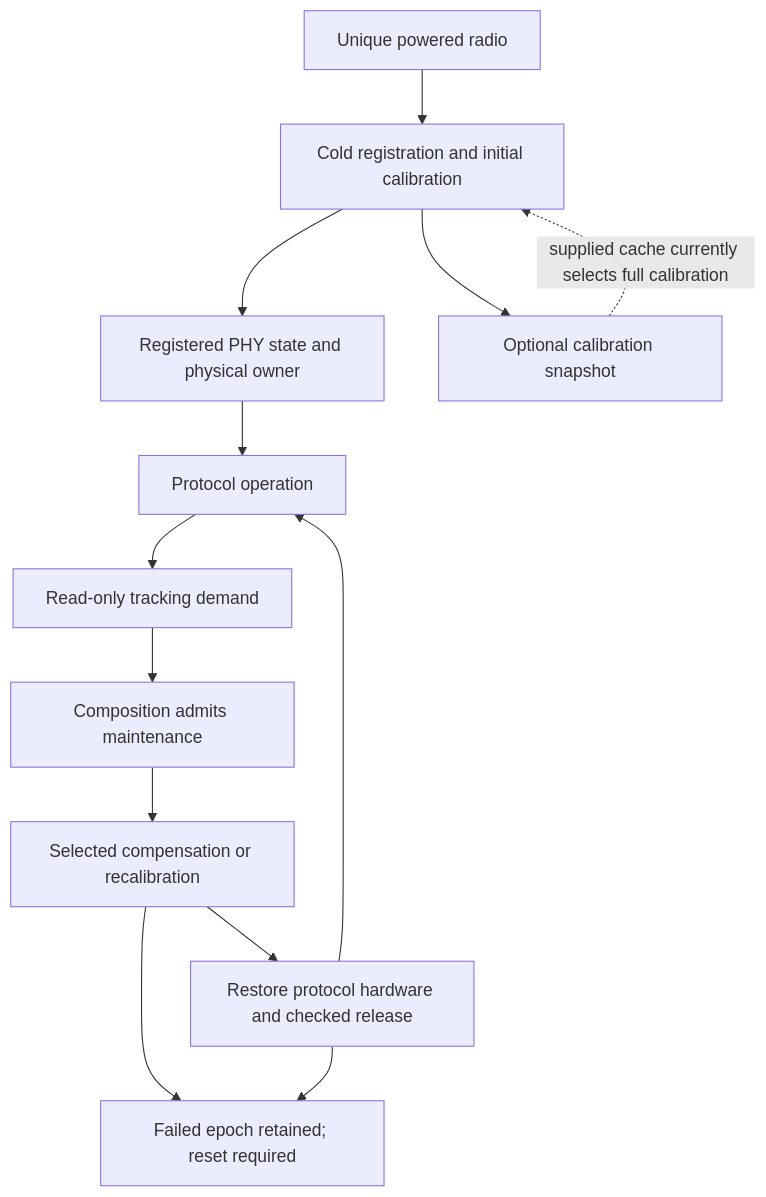
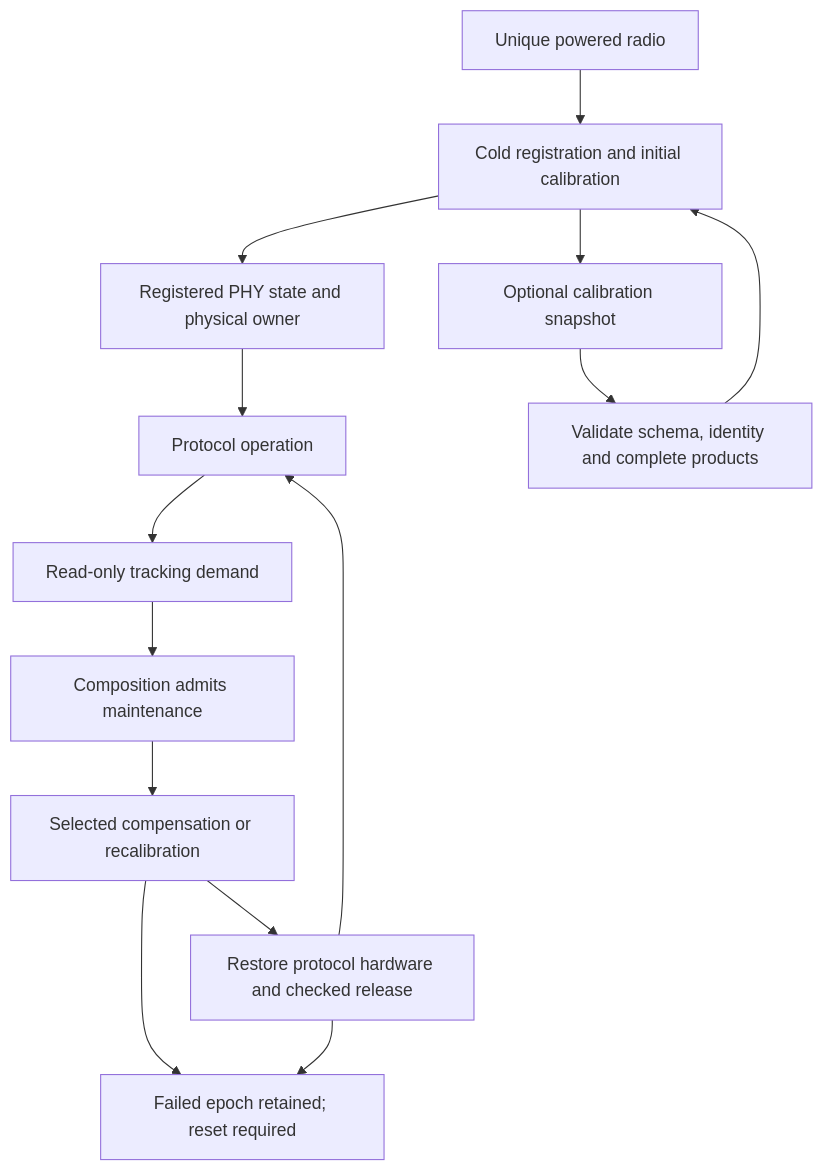
Before and after one commit to ermacv/open-esp-radio-rs: the first of 4 diagrams in crates/hardware/esp32s31/phy/README.md, drawn with Mermaid. The commit also changed other lines of this file and 98 other files, not shown here.

````diff
--- a/crates/hardware/esp32s31/phy/README.md
+++ b/crates/hardware/esp32s31/phy/README.md
@@ -31,15 +31,16 @@
 ```mermaid
 flowchart TD
     Power[Unique powered radio] --> Init[Cold registration and initial calibration]
     Init --> Registered[Registered PHY state and physical owner]
     Registered --> Role[Protocol operation]
     Role --> Demand[Read-only tracking demand]
     Demand --> Admission[Composition admits maintenance]
     Admission --> Track[Selected compensation or recalibration]
     Track --> Restore[Restore protocol hardware and checked release]
     Restore --> Role
     Init --> Cache[Optional calibration snapshot]
-    Cache -. supplied cache currently selects full calibration .-> Init
+    Cache --> Validate[Validate schema, identity and complete products]
+    Validate --> Init
     Track --> Fault[Failed epoch retained; reset required]
     Restore --> Fault
 ```
````
